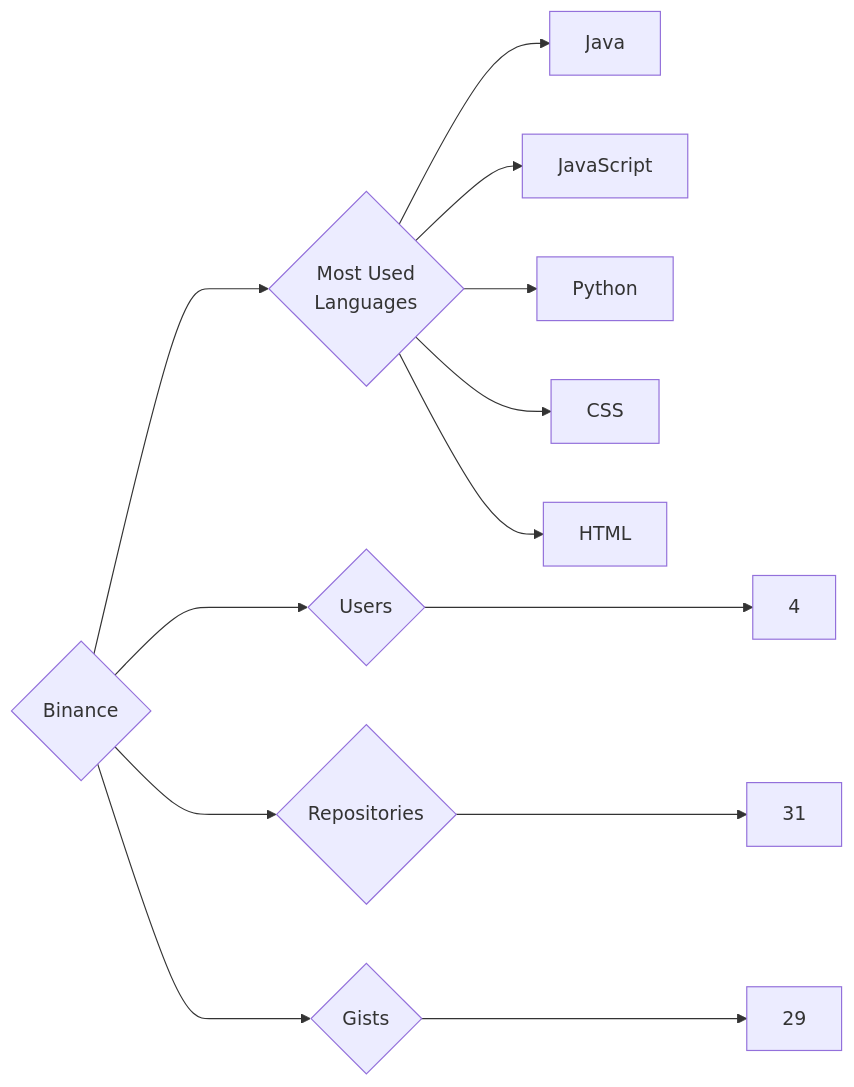
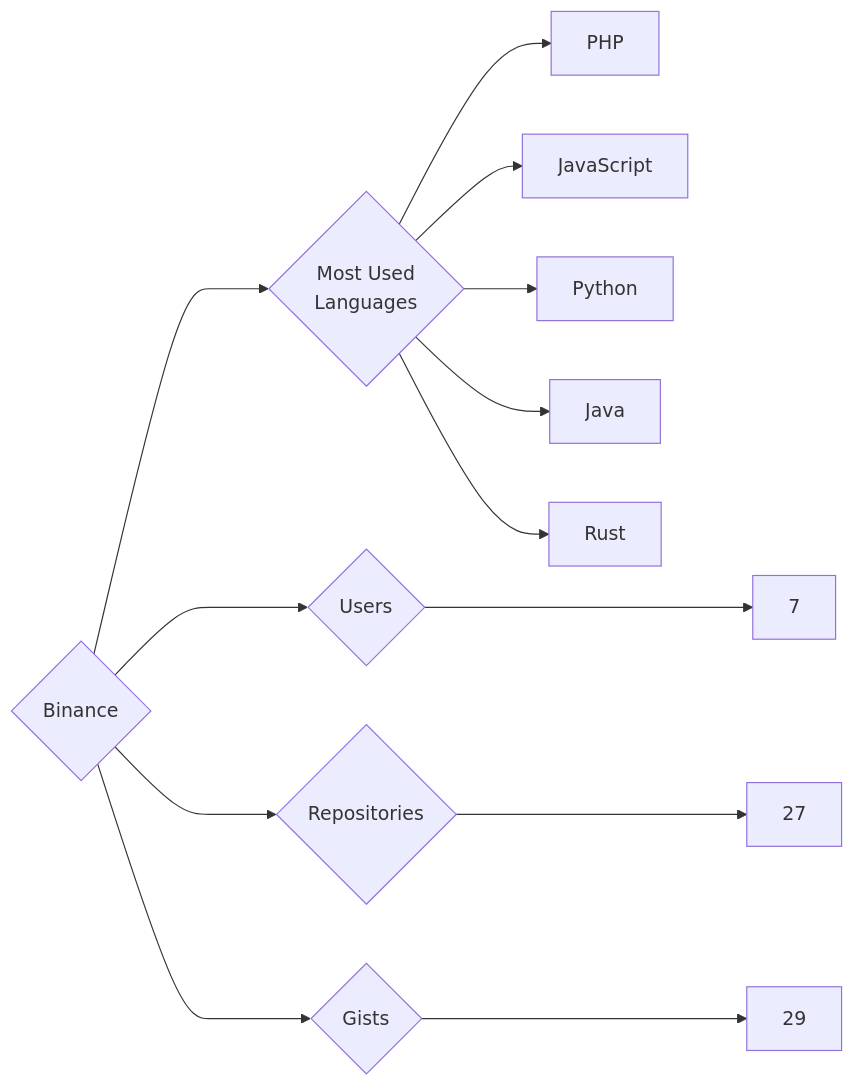
Before and after one commit to trickest/insiders: the diagram in targets/Binance/README.md, drawn with Mermaid. The commit also changed 783 other files, not shown here.

````diff
--- a/targets/Binance/README.md
+++ b/targets/Binance/README.md
@@ -3,13 +3,13 @@
 ```mermaid
 graph LR
 COMPANY_NAME{Binance}
-COMPANY_NAME ---> U{Users} ---> UN[4]
-COMPANY_NAME ---> R{Repositories} ---> RN[31]
+COMPANY_NAME ---> U{Users} ---> UN[7]
+COMPANY_NAME ---> R{Repositories} ---> RN[27]
 COMPANY_NAME ---> G{Gists} ---> GN[29]
 COMPANY_NAME ---> ML{Most Used<br>Languages}
-ML --> Java[Java]
+ML --> PHP[PHP]
 ML --> JavaScript[JavaScript]
 ML --> Python[Python]
-ML --> CSS[CSS]
-ML --> HTML[HTML]
+ML --> Java[Java]
+ML --> Rust[Rust]
 ```
````
